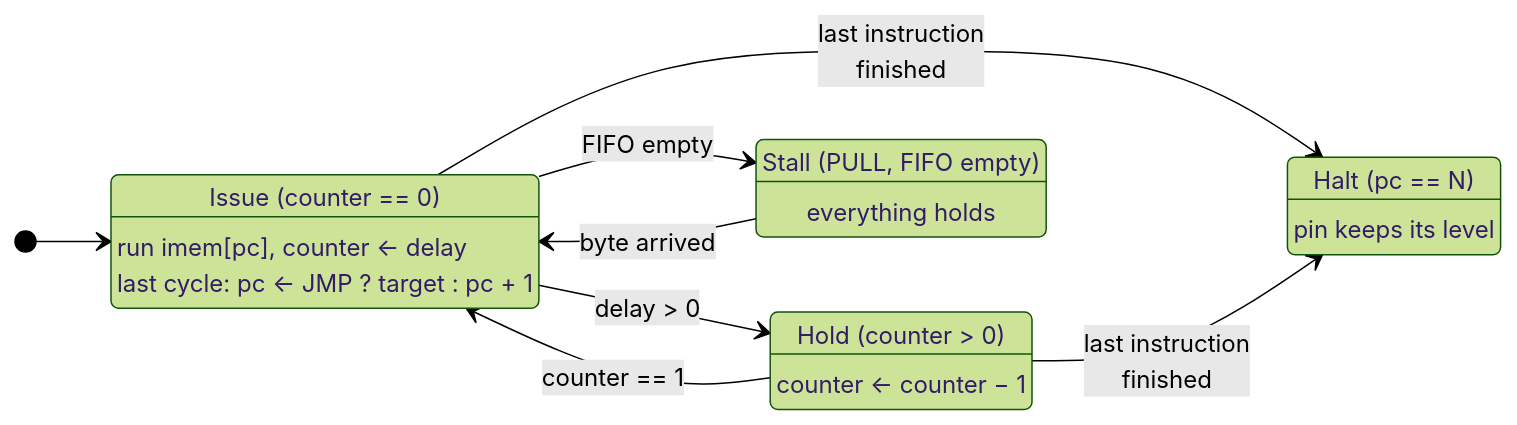
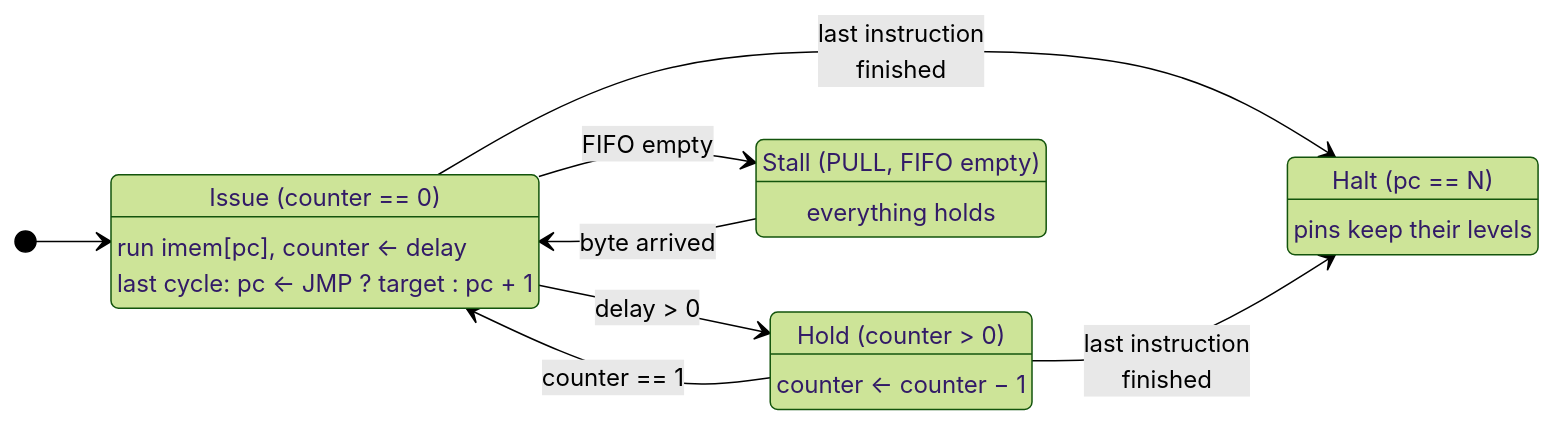
The diagram in docs/states.mmd (cshieldsce/smallcore), drawn with Mermaid (forest theme) before and after one commit. The commit also changed 12 other files, not shown here.

Commit message:
update diagrams for gpio pins

```diff
--- a/docs/states.mmd
+++ b/docs/states.mmd
@@ -1,25 +1,25 @@
 %% What the control block does each cycle. Not a separate state register:
 %% each state is read off counter, pc and fifo_empty.
 stateDiagram-v2
   direction LR
   [*] --> Issue
 
   Issue : Issue (counter == 0)
   Issue : run imem[pc], counter ← delay
   Issue : last cycle: pc ← JMP ? target : pc + 1
 
   Hold : Hold (counter > 0)
   Hold : counter ← counter − 1
 
   Stall : Stall (PULL, FIFO empty)
   Stall : everything holds
 
   Halt : Halt (pc == N)
-  Halt : pin keeps its level
+  Halt : pins keep their levels
 
   Issue --> Hold : delay > 0
   Hold --> Issue : counter == 1
   Issue --> Stall : FIFO empty
   Stall --> Issue : byte arrived
   Issue --> Halt : last instruction<br/>finished
   Hold --> Halt : last instruction<br/>finished
```
